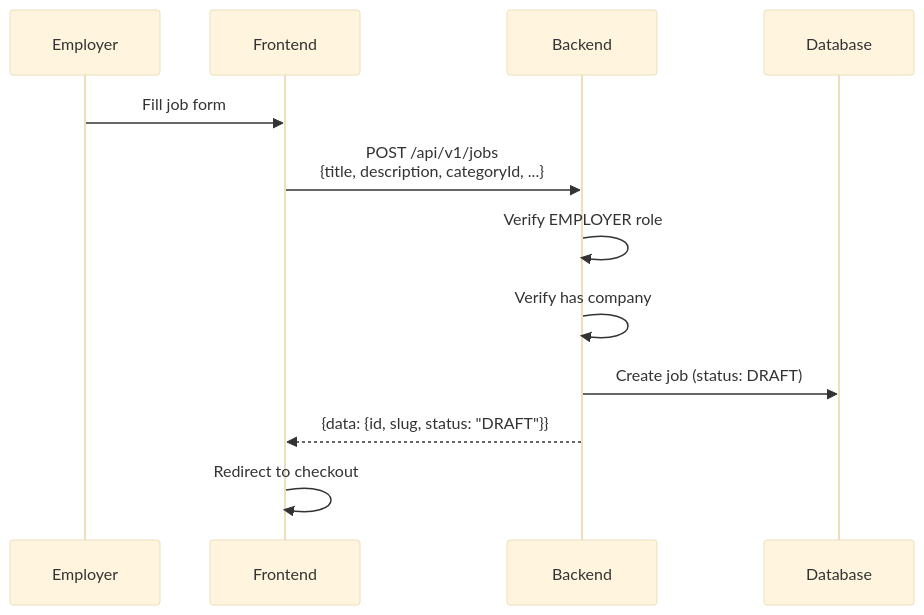
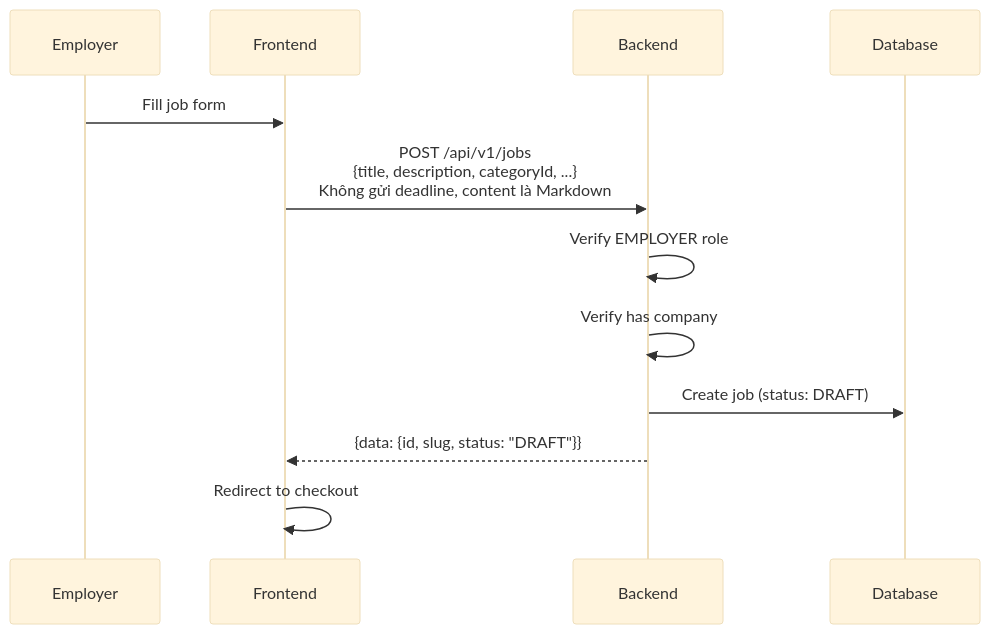
One commit to Hieuej147/job-PhuQuoc changed the eighth of 28 diagrams in TEAM_FE_DOCUMENT.md. Above: the diagram before and after it, drawn with Mermaid (base theme). The commit also changed other lines of this file and 60 other files, not shown here.

````diff
--- a/TEAM_FE_DOCUMENT.md
+++ b/TEAM_FE_DOCUMENT.md
@@ -481,15 +493,15 @@
 ```mermaid
 sequenceDiagram
     participant E as Employer
     participant FE as Frontend
     participant BE as Backend
     participant DB as Database
 
     E->>FE: Fill job form
-    FE->>BE: POST /api/v1/jobs<br/>{title, description, categoryId, ...}
+    FE->>BE: POST /api/v1/jobs<br/>{title, description, categoryId, ...}<br/>Không gửi deadline, content là Markdown
     BE->>BE: Verify EMPLOYER role
     BE->>BE: Verify has company
     BE->>DB: Create job (status: DRAFT)
     BE-->>FE: {data: {id, slug, status: "DRAFT"}}
     FE->>FE: Redirect to checkout
 ```
````
